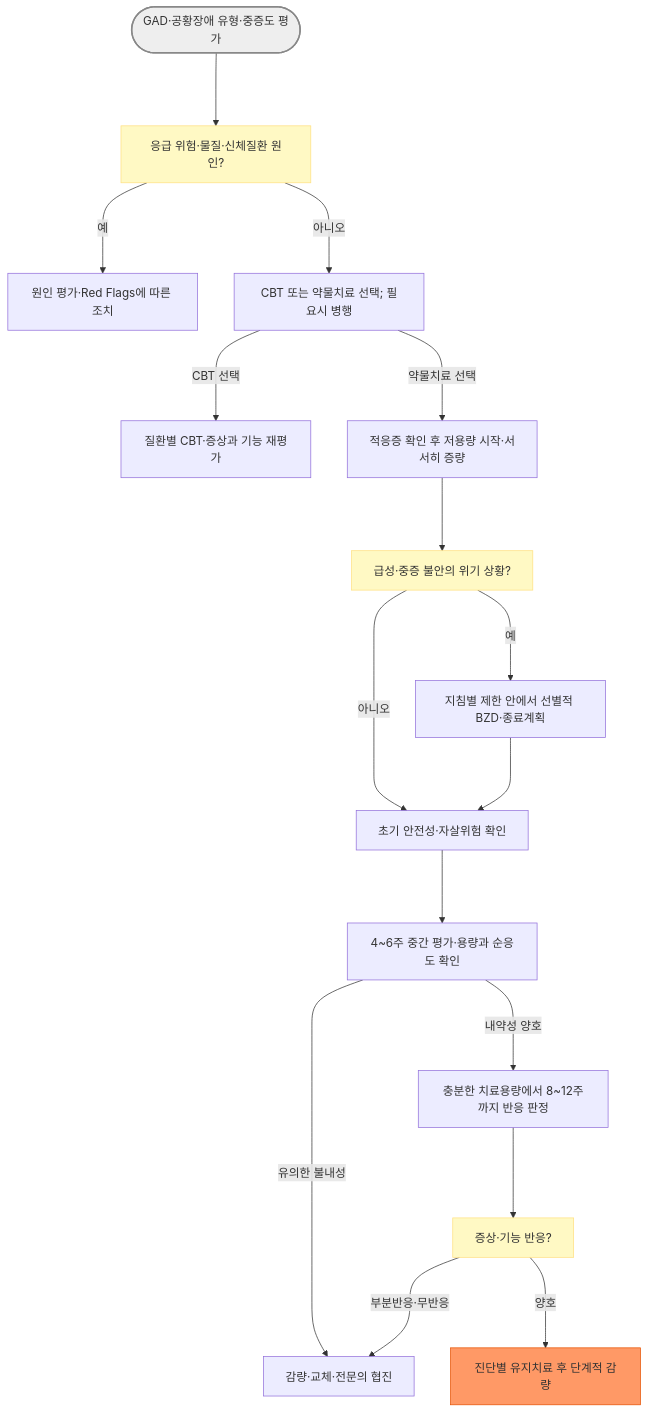
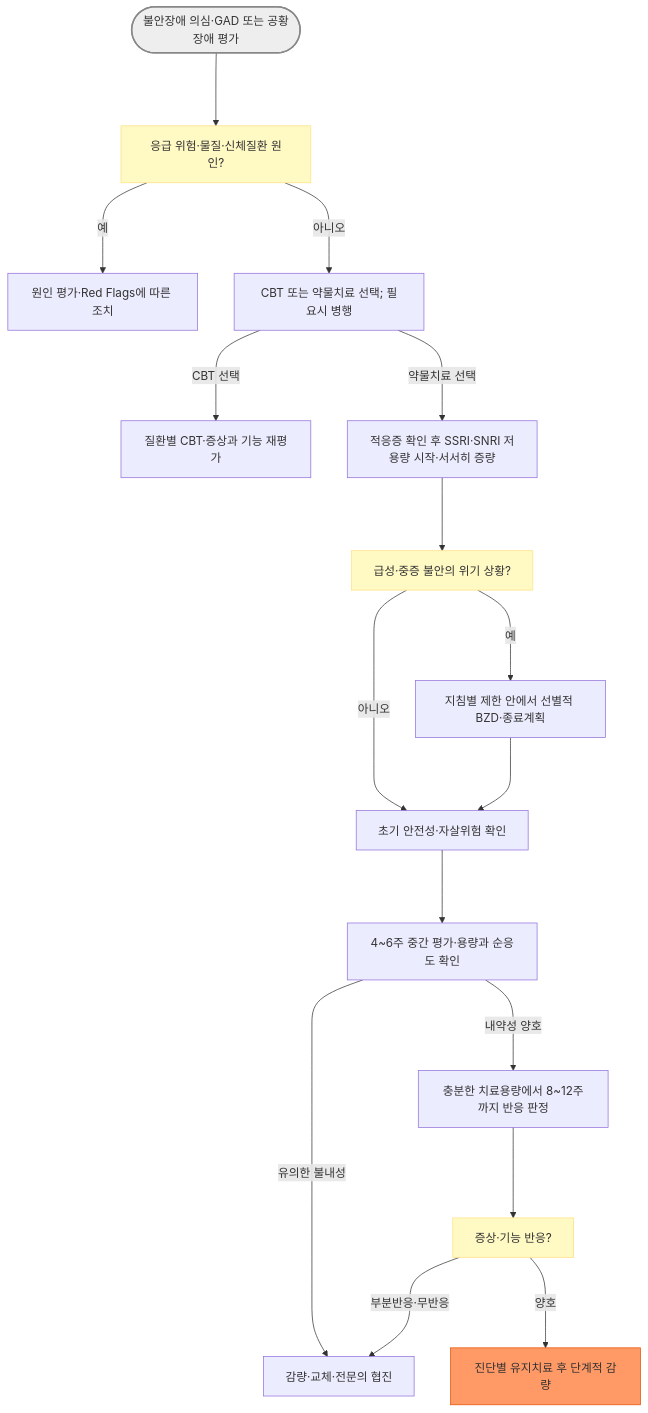
One commit to familyoh77/familyoh77 changed the second of 2 diagrams in 231_/213_-antidepressants-and-anxiolytics.md. Above: the diagram before and after it, drawn with Mermaid. The commit also changed other lines of this file and 9 other files, not shown here.

````diff
--- a/231_/213_-antidepressants-and-anxiolytics.md
+++ b/231_/213_-antidepressants-and-anxiolytics.md
@@ -91,23 +94,23 @@
 ```mermaid
 flowchart TD
-    A(["GAD·공황장애 유형·중증도 평가"]) ---> B["응급 위험·물질·신체질환 원인?"]
+    A(["불안장애 의심·GAD 또는 공황장애 평가"]) ---> B["응급 위험·물질·신체질환 원인?"]
     B --->|예| C["원인 평가·Red Flags에 따른 조치"]
     B --->|아니오| D["CBT 또는 약물치료 선택; 필요시 병행"]
     D --->|CBT 선택| P["질환별 CBT·증상과 기능 재평가"]
-    D --->|약물치료 선택| E["적응증 확인 후 저용량 시작·서서히 증량"]
+    D --->|약물치료 선택| E["적응증 확인 후 SSRI·SNRI 저용량 시작·서서히 증량"]
     E ---> F["급성·중증 불안의 위기 상황?"]
     F --->|예| G["지침별 제한 안에서 선별적 BZD·종료계획"]
     F --->|아니오| H["초기 안전성·자살위험 확인"]
     G ---> H
     H ---> Q["4~6주 중간 평가·용량과 순응도 확인"]
     Q --->|유의한 불내성| K["감량·교체·전문의 협진"]
     Q --->|내약성 양호| R["충분한 치료용량에서 8~12주까지 반응 판정"]
     R ---> I["증상·기능 반응?"]
     I --->|양호| J["진단별 유지치료 후 단계적 감량"]
     I --->|부분반응·무반응| K
     style A fill:#eeeeee,stroke:#888888,stroke-width:2px
     style B fill:#fff9c4,stroke:#ffe082
     style F fill:#fff9c4,stroke:#ffe082
     style I fill:#fff9c4,stroke:#ffe082
     style J fill:#f96,stroke:#e65100
 ```
````
